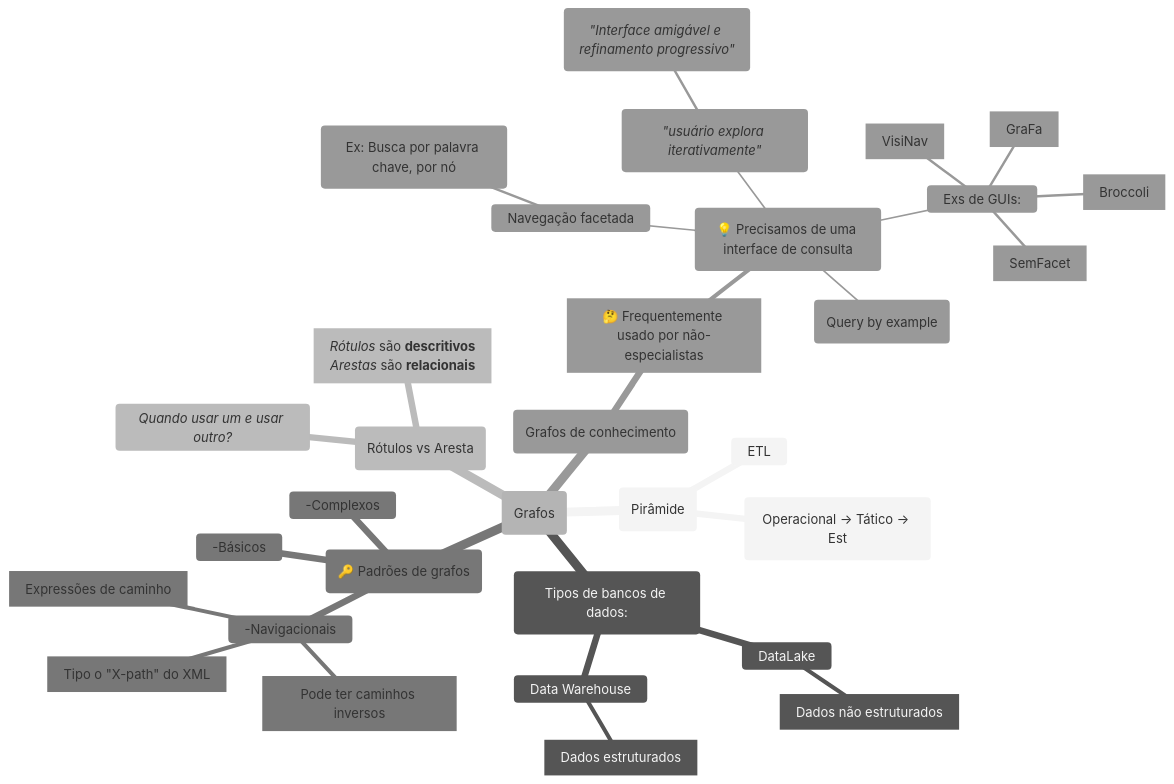
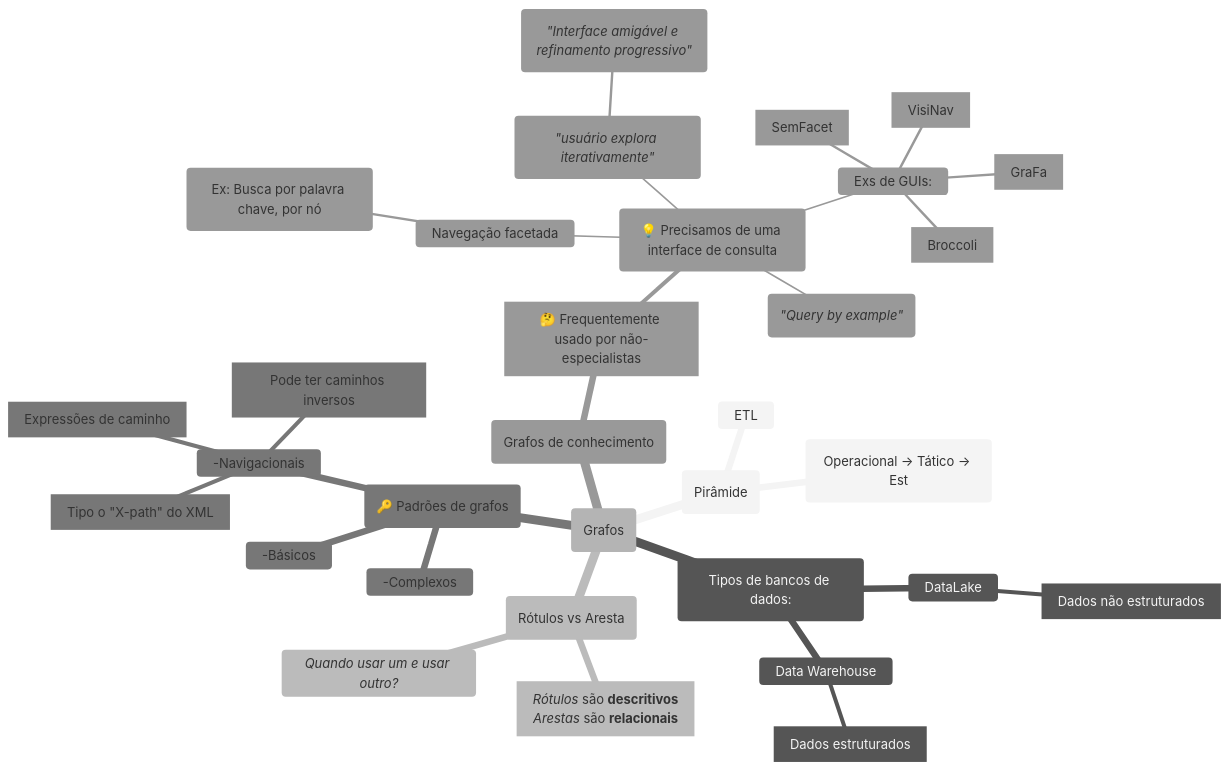
Before and after one commit to Igorino/joplin-notes: the diagram in Mestrado/Segundo Semestre/SIN5033 - Grafos de conhecimento e Ontologias/Anotações/De Aulas/Aula do dia 2026 04 08.md, drawn with Mermaid (neutral theme).

Commit message:
Exported on 2026-04-08_16-14-51

````diff
--- a/Mestrado/Segundo Semestre/SIN5033 - Grafos de conhecimento e Ontologias/Anotações/De Aulas/Aula do dia 2026 04 08.md
+++ b/Mestrado/Segundo Semestre/SIN5033 - Grafos de conhecimento e Ontologias/Anotações/De Aulas/Aula do dia 2026 04 08.md
@@ -1,43 +1,43 @@
 ```mermaid
 mindmap
 	Root(Grafos)
 		(Pirâmide)
 			("Operacional -> Tático -> Est")
 			ETL
 
 		(Tipos de bancos de dados:)		
 			DataLake
 				[Dados não estruturados]
 			Data Warehouse
 				[Dados estruturados]
 
 		(Rótulos vs Aresta)
 			*Quando usar um e usar outro?*
 			[*Rótulos* são **descritivos**
 			*Arestas* são **relacionais**]
 
 		(🔑 Padrões de grafos)
 			-Básicos
 			-Complexos
 			-Navigacionais
 				[Tipo o "X-path" do XML]
 				["Expressões de caminho"]
 				[Pode ter caminhos inversos]
 
 		(Grafos de conhecimento)
 			[🤔 Frequentemente usado por não-especialistas]
 				(💡 Precisamos de uma interface de consulta)
 					Navegação facetada
 						(Ex: Busca por palavra chave, por nó)
 					(*"usuário explora iterativamente"*) 
 						(*"Interface amigável e refinamento progressivo"*)
-					("Query by example")
+					(*"Query by example"*)
 					Exs de GUIs:
 						[Broccoli]
 						[VisiNav]
 						[SemFacet]
 						[GraFa]
 
 
 			
 ```
````
